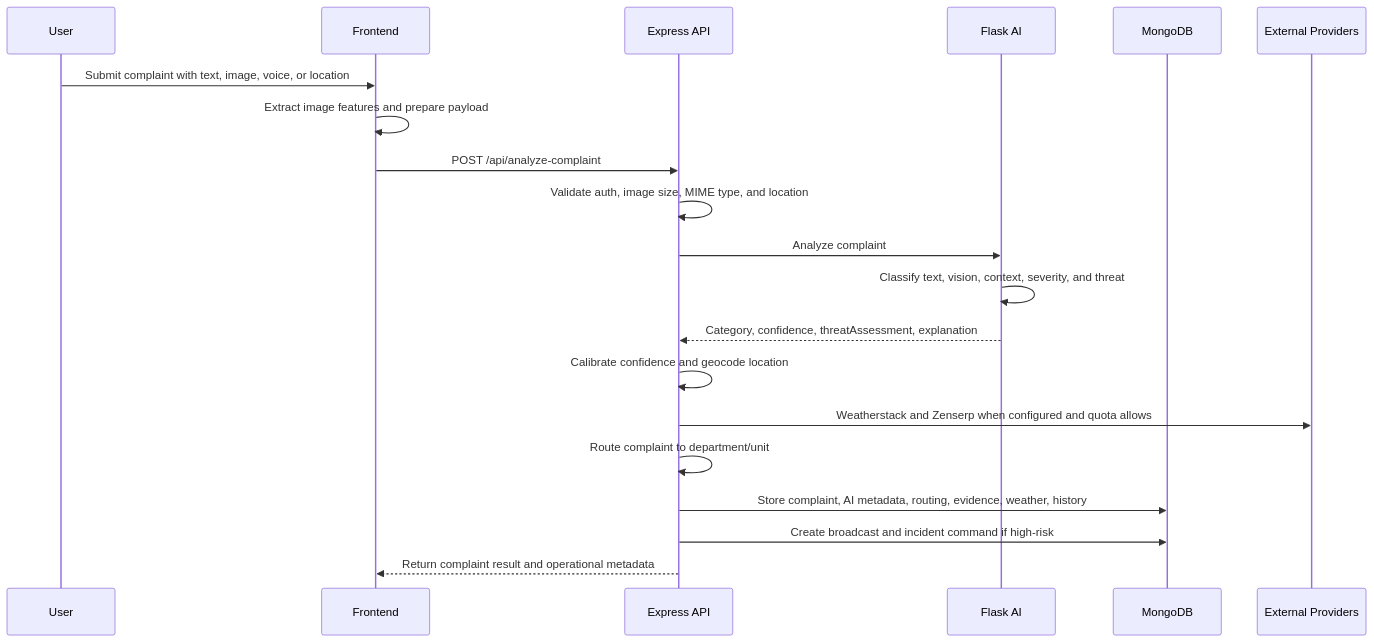
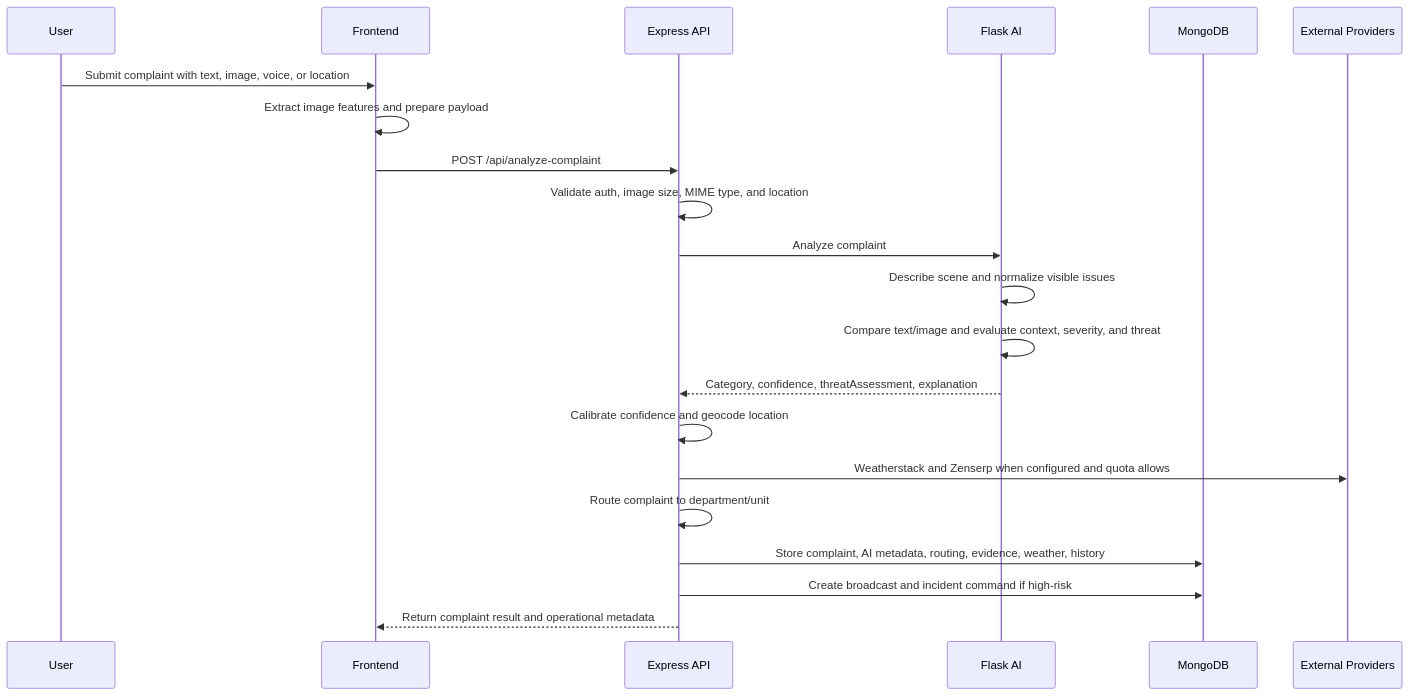
The second of 2 diagrams in README.md (Shreyas0047/Urban-Pulse-Ai), drawn with Mermaid before and after one commit. The commit also changed other lines of this file and 20 other files, not shown here.

````diff
--- a/README.md
+++ b/README.md
@@ -141,23 +144,24 @@
 ```mermaid
 sequenceDiagram
     participant U as User
     participant FE as Frontend
     participant API as Express API
     participant AI as Flask AI
     participant DB as MongoDB
     participant EXT as External Providers
 
     U->>FE: Submit complaint with text, image, voice, or location
     FE->>FE: Extract image features and prepare payload
     FE->>API: POST /api/analyze-complaint
     API->>API: Validate auth, image size, MIME type, and location
     API->>AI: Analyze complaint
-    AI->>AI: Classify text, vision, context, severity, and threat
+    AI->>AI: Describe scene and normalize visible issues
+    AI->>AI: Compare text/image and evaluate context, severity, and threat
     AI-->>API: Category, confidence, threatAssessment, explanation
     API->>API: Calibrate confidence and geocode location
     API->>EXT: Weatherstack and Zenserp when configured and quota allows
     API->>API: Route complaint to department/unit
     API->>DB: Store complaint, AI metadata, routing, evidence, weather, history
     API->>DB: Create broadcast and incident command if high-risk
     API-->>FE: Return complaint result and operational metadata
 ```
````
